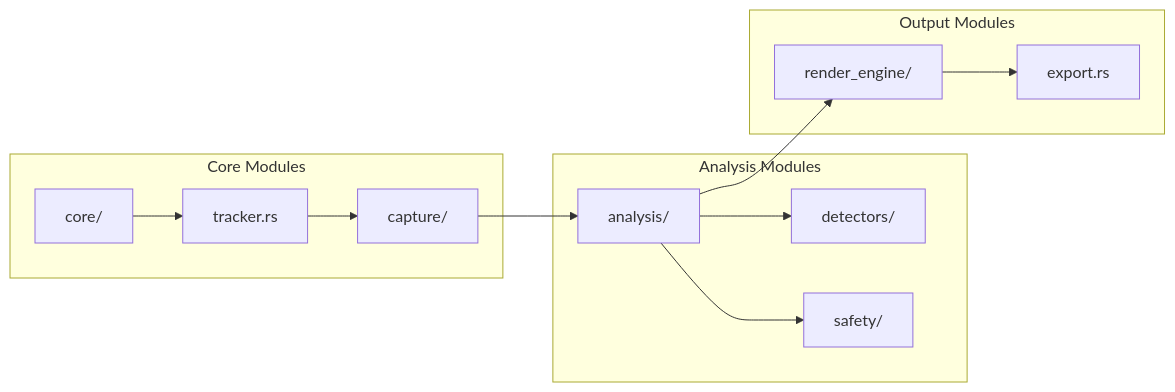
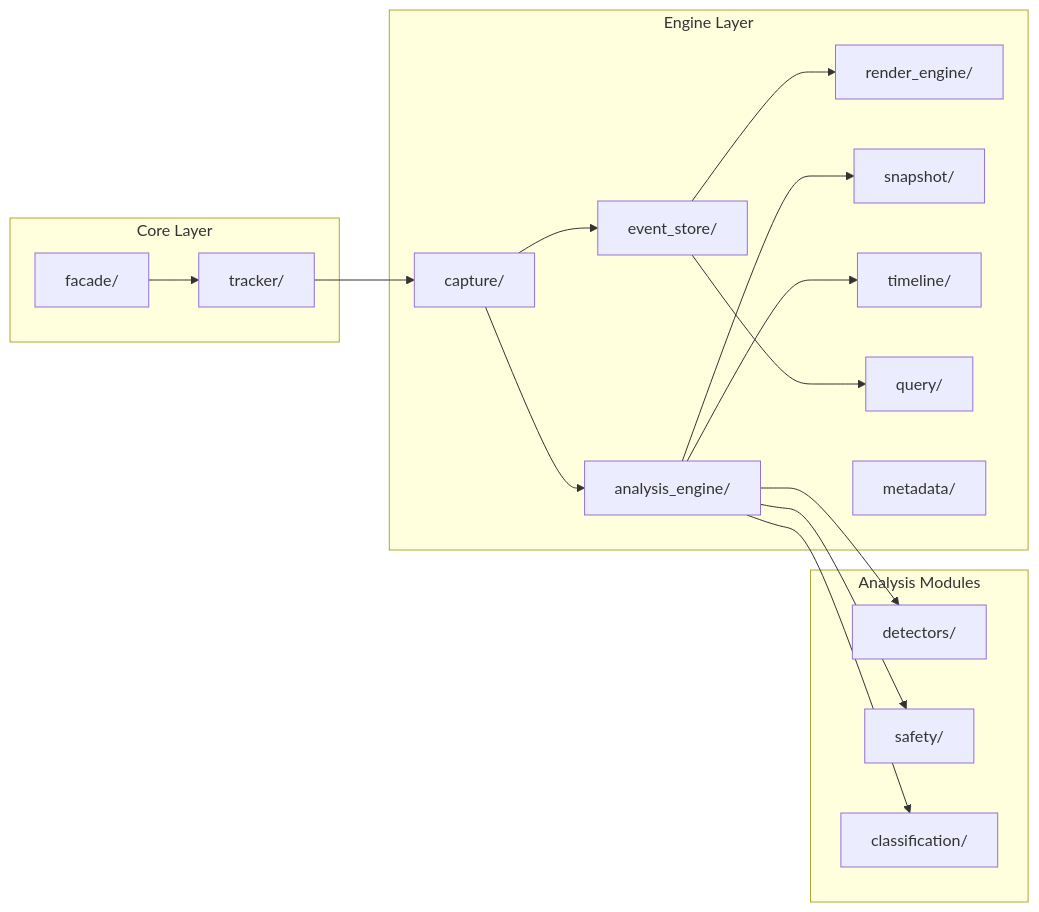
The third of 3 diagrams in README.md (Timwood0x10/memscope-rs), drawn with Mermaid before and after one commit. The commit also changed other lines of this file and 11 other files, not shown here.

````diff
--- a/README.md
+++ b/README.md
@@ -93,27 +91,36 @@
 ```mermaid
 graph LR
-    subgraph "Core Modules"
-        core[core/]
-        tracker[tracker.rs]
+    subgraph "Core Layer"
+        facade[facade/]
+        tracker[tracker/]
+    end
+
+    subgraph "Engine Layer"
         capture[capture/]
+        analysis[analysis_engine/]
+        event[event_store/]
+        render[render_engine/]
+        snapshot[snapshot/]
+        timeline[timeline/]
+        query[query/]
+        metadata[metadata/]
     end
 
     subgraph "Analysis Modules"
-        analysis[analysis/]
         detectors[detectors/]
         safety[safety/]
+        classification[classification/]
     end
 
-    subgraph "Output Modules"
-        render[render_engine/]
-        export[export.rs]
-    end
-
-    core --> tracker
+    facade --> tracker
     tracker --> capture
+    capture --> event
     capture --> analysis
     analysis --> detectors
     analysis --> safety
-    analysis --> render
-    render --> export
+    analysis --> classification
+    analysis --> snapshot
+    analysis --> timeline
+    event --> query
+    event --> render
 ```
````
